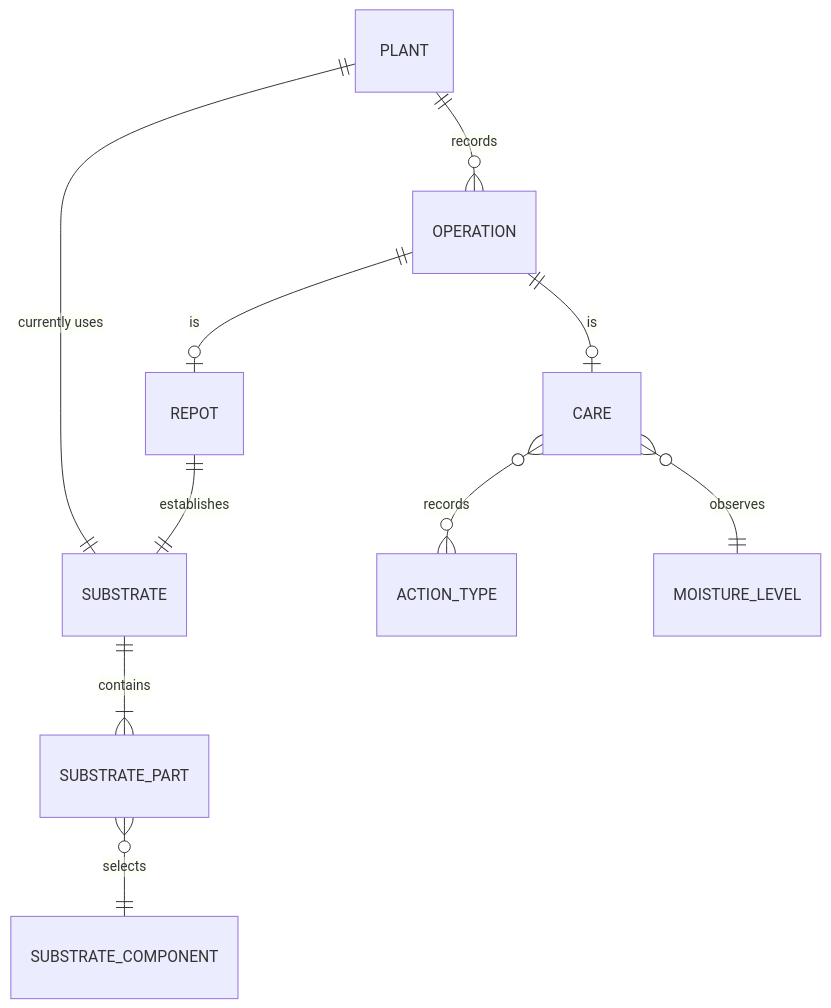
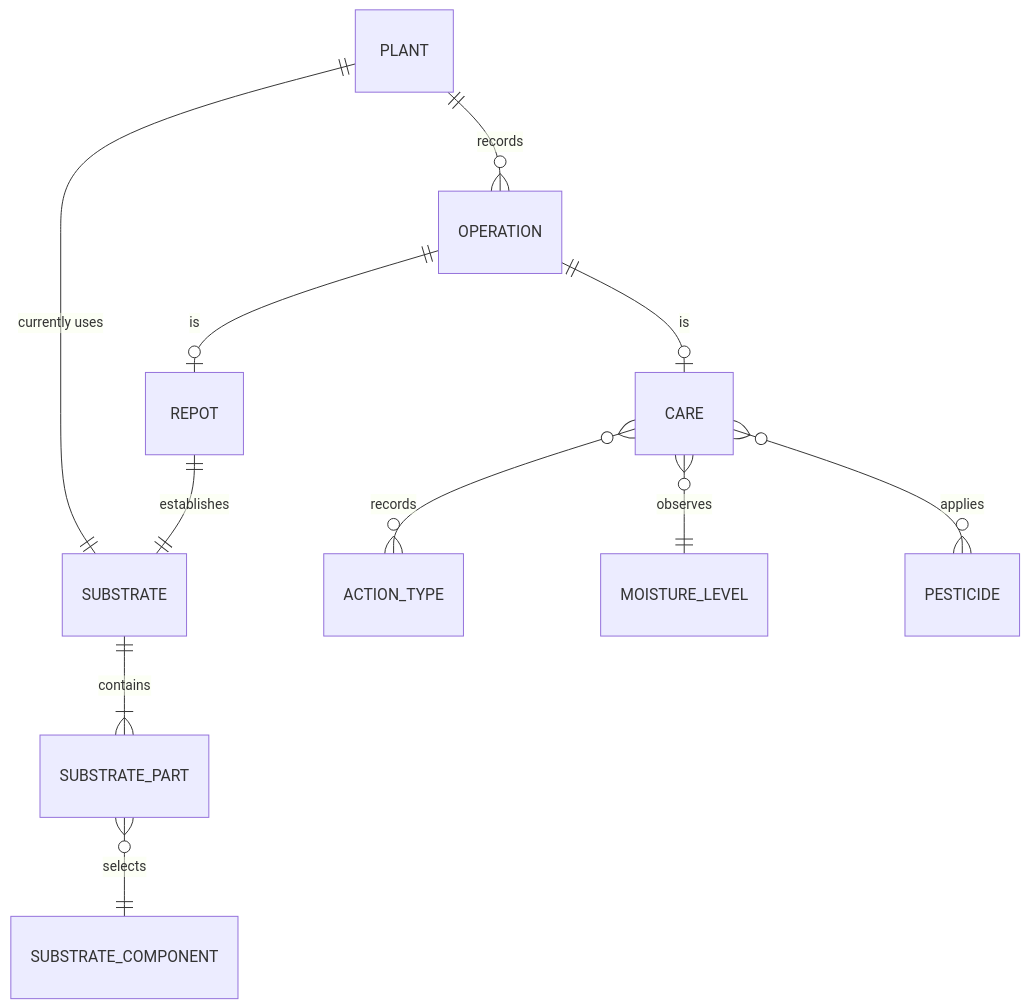
Before and after one commit to cosminci/gardening: the first of 2 diagrams in specs/design.md, drawn with Mermaid. The commit also changed other lines of this file and 4 other files, not shown here.

````diff
--- a/specs/design.md
+++ b/specs/design.md
@@ -13,12 +13,13 @@
 ```mermaid
 erDiagram
     PLANT ||--o{ OPERATION : records
     PLANT ||--|| SUBSTRATE : "currently uses"
     OPERATION ||--o| CARE : "is"
     OPERATION ||--o| REPOT : "is"
     REPOT ||--|| SUBSTRATE : "establishes"
     SUBSTRATE ||--|{ SUBSTRATE_PART : contains
     SUBSTRATE_PART }o--|| SUBSTRATE_COMPONENT : selects
     CARE }o--o{ ACTION_TYPE : records
     CARE }o--|| MOISTURE_LEVEL : observes
+    CARE }o--o{ PESTICIDE : applies
 ```
````
